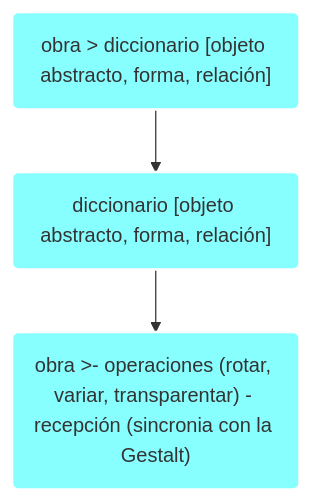
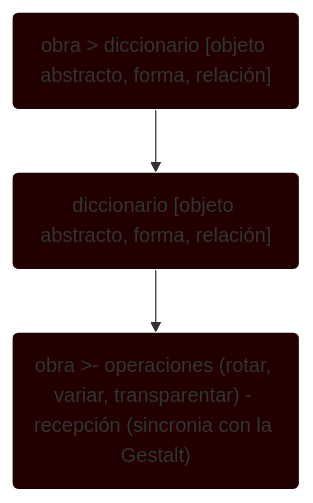
The diagram in 03-cla/c-cym03- cohesión audiovisual.md (musiki/cym), drawn with Mermaid before and after one commit. The commit also changed other lines of this file and 59 other files, not shown here.

````diff
--- a/03-cla/c-cym03- cohesión audiovisual.md
+++ b/03-cla/c-cym03- cohesión audiovisual.md
@@ -34,9 +38,10 @@
 ```mermaid
 graph TD
 
 a1("obra > diccionario [objeto abstracto, forma, relación]")-->a2(" diccionario [objeto abstracto, forma, relación] ")-->a3("obra >- operaciones (rotar, variar, transparentar) - recepción (sincronia con la Gestalt)")
 
-classDef className fill:#8ff,stroke:#fff,stroke-width:2px
+classDef className fill:#200,stroke:#fff,stroke-width:2px;width:100%
+
 class start,a1,a2,a3 className;
 
 ```
````
